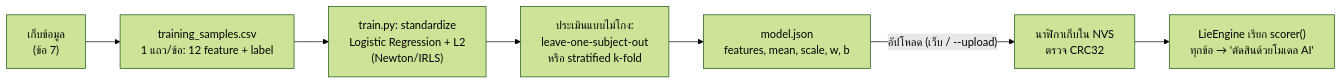
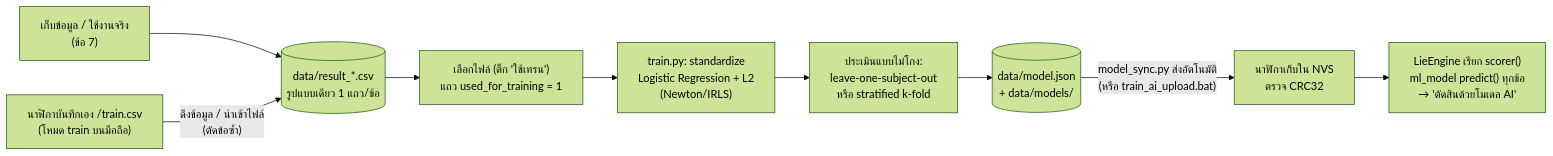
The eighth of 14 diagrams in FLOWCHARTS.md (Baconkinh/Wireless-Polygraph-2026), drawn with Mermaid (forest theme) before and after one commit. The commit also changed other lines of this file and 129 other files, not shown here.

````diff
--- a/FLOWCHARTS.md
+++ b/FLOWCHARTS.md
@@ -185,9 +187,11 @@
 ```mermaid
 flowchart LR
-  A["เก็บข้อมูล<br/>(ข้อ 7)"] --> B["training_samples.csv<br/>1 แถว/ข้อ: 12 feature + label"]
-  B --> C["train.py: standardize<br/>Logistic Regression + L2<br/>(Newton/IRLS)"]
+  A["เก็บข้อมูล / ใช้งานจริง<br/>(ข้อ 7)"] --> B[("data/result_*.csv<br/>รูปแบบเดียว 1 แถว/ข้อ")]
+  W["นาฬิกาบันทึกเอง /train.csv<br/>(โหมด train บนมือถือ)"] -- "ดึงข้อมูล / นำเข้าไฟล์<br/>(ตัดข้อซ้ำ)" --> B
+  B --> X["เลือกไฟล์ (ติ๊ก 'ใช้เทรน')<br/>แถว used_for_training = 1"]
+  X --> C["train.py: standardize<br/>Logistic Regression + L2<br/>(Newton/IRLS)"]
   C --> D["ประเมินแบบไม่โกง:<br/>leave-one-subject-out<br/>หรือ stratified k-fold"]
-  D --> E["model.json<br/>features, mean, scale, w, b"]
-  E -- "อัปโหลด (เว็บ / --upload)" --> F["นาฬิกาเก็บใน NVS<br/>ตรวจ CRC32"]
-  F --> G["LieEngine เรียก scorer()<br/>ทุกข้อ → 'ตัดสินด้วยโมเดล AI'"]
+  D --> E[("data/model.json<br/>+ data/models/")]
+  E -- "model_sync.py ส่งอัตโนมัติ<br/>(หรือ train_ai_upload.bat)" --> F["นาฬิกาเก็บใน NVS<br/>ตรวจ CRC32"]
+  F --> G["LieEngine เรียก scorer()<br/>ml_model predict() ทุกข้อ<br/>→ 'ตัดสินด้วยโมเดล AI'"]
 ```
````
